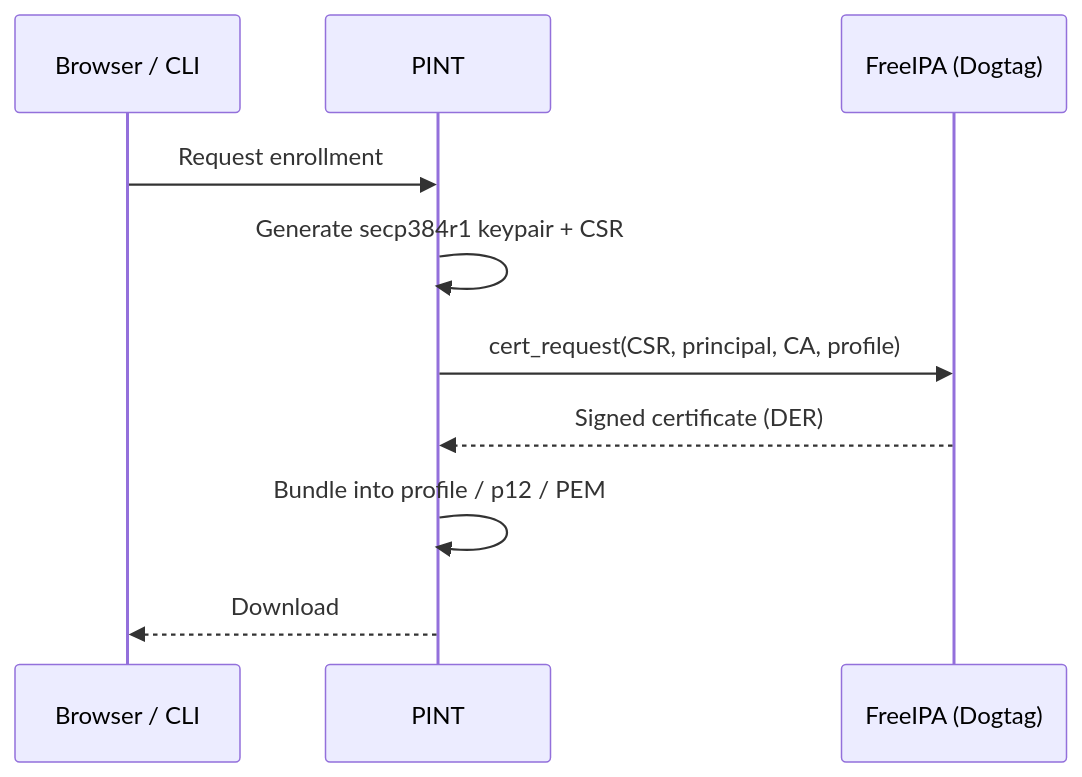
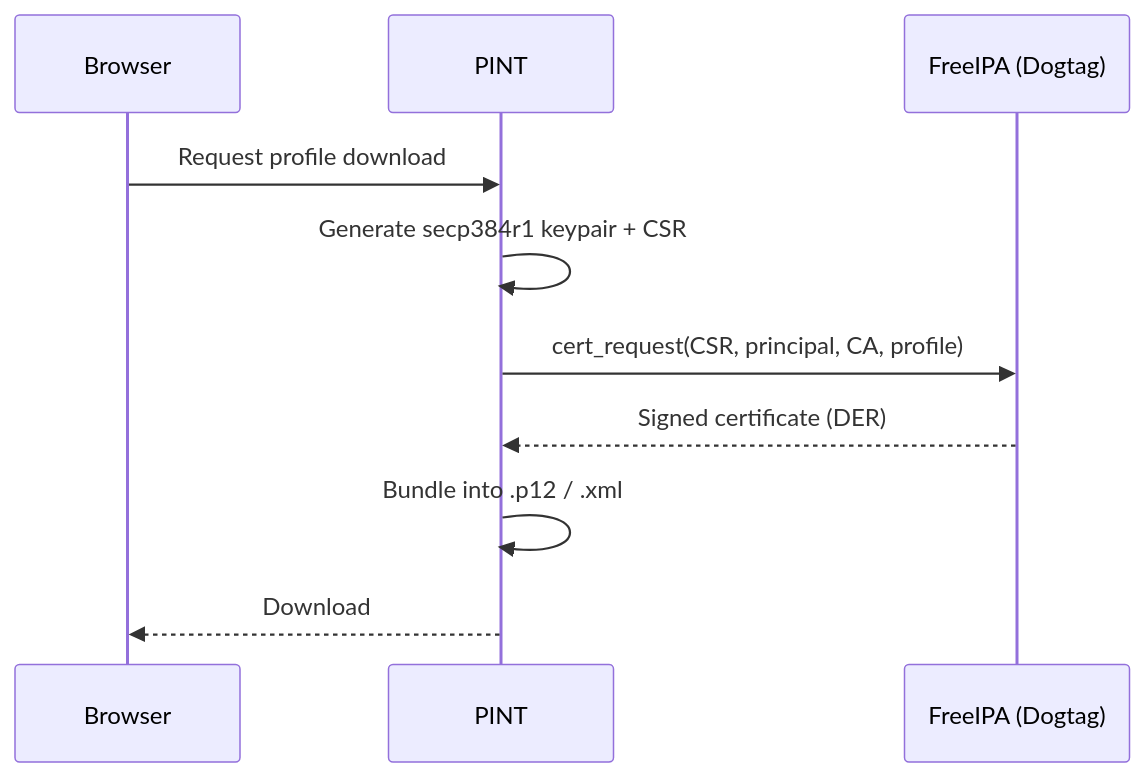
Before and after one commit to ComputerScienceHouse/pint: the third of 6 diagrams in README.md, drawn with Mermaid. The commit also changed other lines of this file and 18 other files, not shown here.

````diff
--- a/README.md
+++ b/README.md
@@ -28,13 +57,13 @@
 ```mermaid
 sequenceDiagram
-    participant Client as Browser / CLI
+    participant Client as Browser
     participant P as PINT
     participant IPA as FreeIPA (Dogtag)
 
-    Client->>P: Request enrollment
+    Client->>P: Request profile download
     P->>P: Generate secp384r1 keypair + CSR
     P->>IPA: cert_request(CSR, principal, CA, profile)
     IPA-->>P: Signed certificate (DER)
-    P->>P: Bundle into profile / p12 / PEM
+    P->>P: Bundle into .p12 / .xml
     P-->>Client: Download
 ```
````
